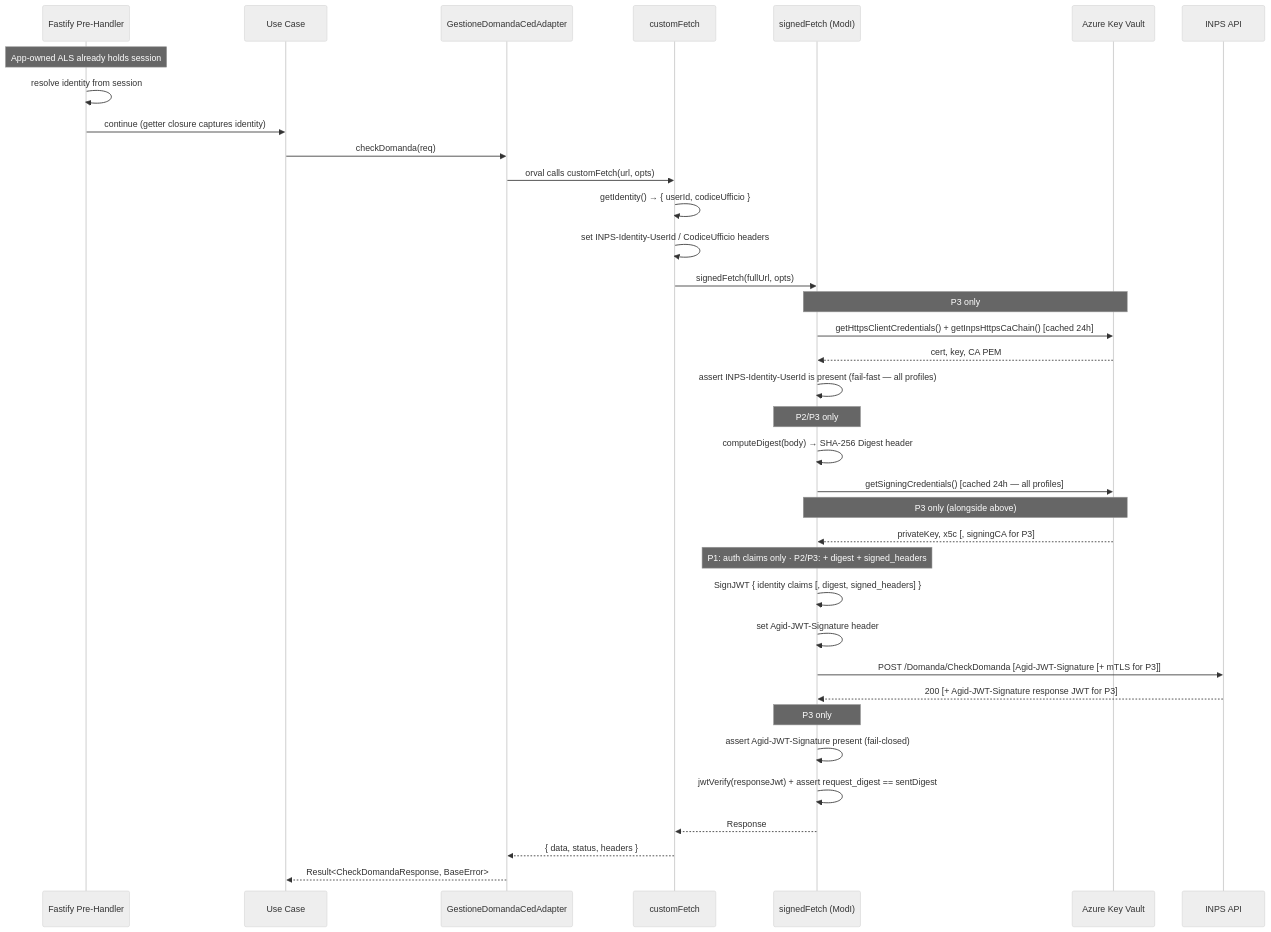
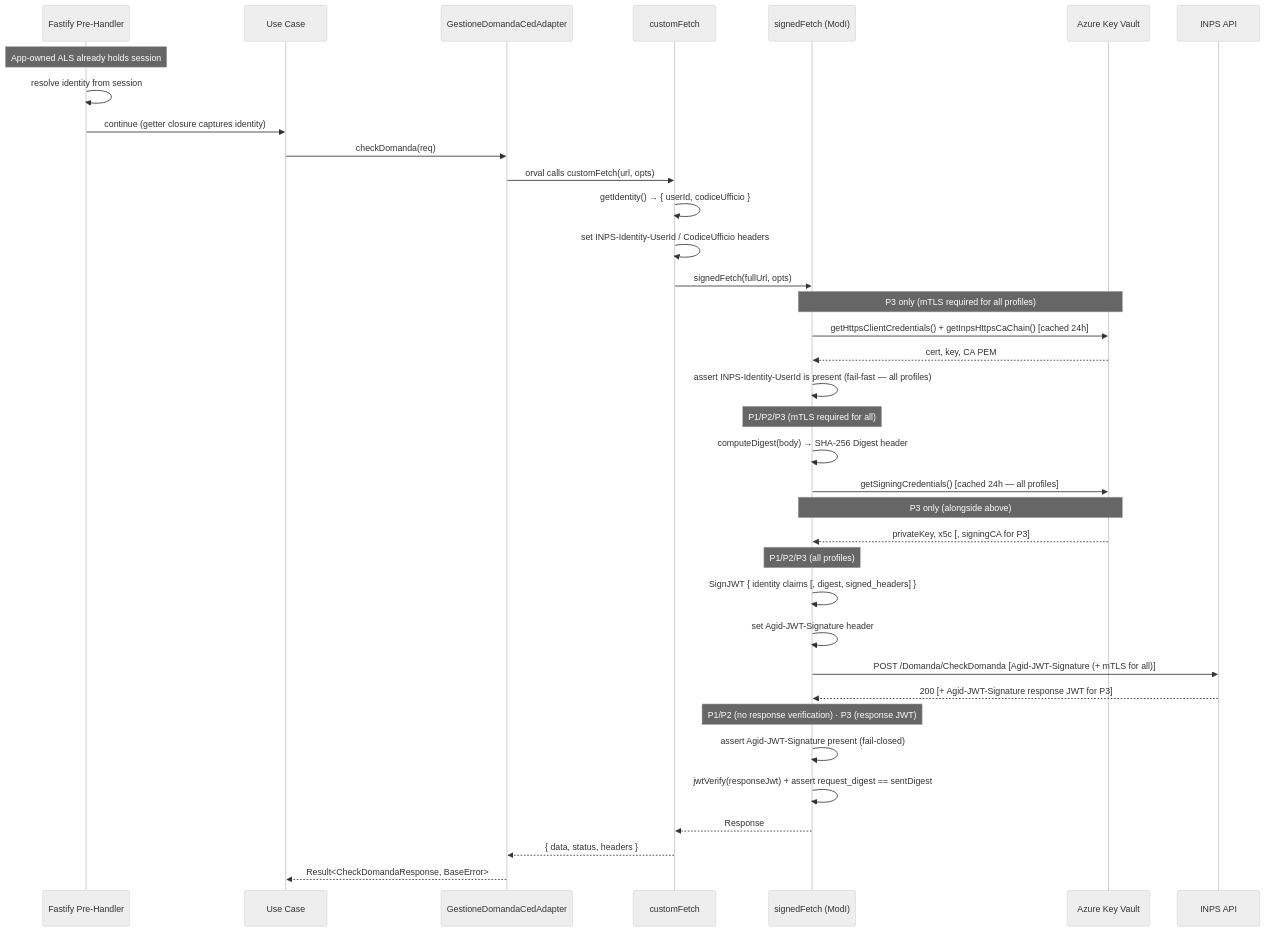
One commit to pagopa/io-growth changed the third of 4 diagrams in docs/modi-inps/design-review.md. Above: the diagram before and after it, drawn with Mermaid (neutral theme). The commit also changed other lines of this file and 1 other file, not shown here.

````diff
--- a/docs/modi-inps/design-review.md
+++ b/docs/modi-inps/design-review.md
@@ -109,46 +109,46 @@
 ```mermaid
 sequenceDiagram
     participant PH as Fastify Pre-Handler
     participant UC as Use Case
     participant Repo as GestioneDomandaCedAdapter
     participant CF as customFetch
     participant SF as signedFetch (ModI)
     participant KV as Azure Key Vault
     participant INPS as INPS API
 
     Note over PH: App-owned ALS already holds session
     PH->>PH: resolve identity from session
     PH->>UC: continue (getter closure captures identity)
     UC->>Repo: checkDomanda(req)
     Repo->>CF: orval calls customFetch(url, opts)
     CF->>CF: getIdentity() → { userId, codiceUfficio }
     CF->>CF: set INPS-Identity-UserId / CodiceUfficio headers
     CF->>SF: signedFetch(fullUrl, opts)
 
-    Note over SF,KV: P3 only
+    Note over SF,KV: P3 only (mTLS required for all profiles)
     SF->>KV: getHttpsClientCredentials() + getInpsHttpsCaChain() [cached 24h]
     KV-->>SF: cert, key, CA PEM
 
     SF->>SF: assert INPS-Identity-UserId is present (fail-fast — all profiles)
 
-    Note over SF: P2/P3 only
+    Note over SF: P1/P2/P3 (mTLS required for all)
     SF->>SF: computeDigest(body) → SHA-256 Digest header
 
     SF->>KV: getSigningCredentials() [cached 24h — all profiles]
     Note over SF,KV: P3 only (alongside above)
     KV-->>SF: privateKey, x5c [, signingCA for P3]
 
-    Note over SF: P1: auth claims only · P2/P3: + digest + signed_headers
+    Note over SF: P1/P2/P3 (all profiles)
     SF->>SF: SignJWT { identity claims [, digest, signed_headers] }
     SF->>SF: set Agid-JWT-Signature header
 
-    SF->>INPS: POST /Domanda/CheckDomanda [Agid-JWT-Signature [+ mTLS for P3]]
+    SF->>INPS: POST /Domanda/CheckDomanda [Agid-JWT-Signature (+ mTLS for all)]
     INPS-->>SF: 200 [+ Agid-JWT-Signature response JWT for P3]
 
-    Note over SF: P3 only
+    Note over SF: P1/P2 (no response verification) · P3 (response JWT)
     SF->>SF: assert Agid-JWT-Signature present (fail-closed)
     SF->>SF: jwtVerify(responseJwt) + assert request_digest == sentDigest
     SF-->>CF: Response
     CF-->>Repo: { data, status, headers }
     Repo-->>UC: Result<CheckDomandaResponse, BaseError>
 ```
````
